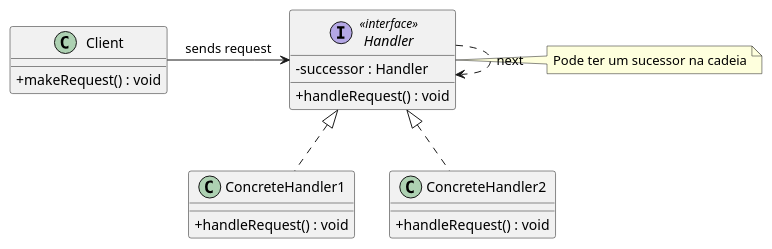
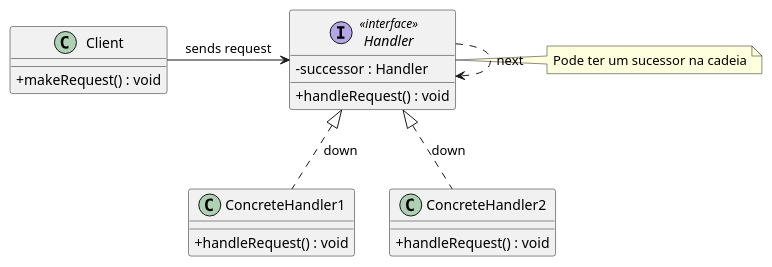
One commit to growthcodeoficial/ADC-design-patterns-php changed the diagram in diagrams/DesignPatterns/Behavioral/13 - ChainOfResponsibility.pu. Above: the diagram before and after it, drawn with PlantUML. The commit also changed 1 other file, not shown here.

```diff
--- a/diagrams/DesignPatterns/Behavioral/13 - ChainOfResponsibility.pu
+++ b/diagrams/DesignPatterns/Behavioral/13 - ChainOfResponsibility.pu
@@ -1,26 +1,26 @@
 @startuml ChainOfResponsibilityWithClient
     skinparam classAttributeIconSize 0
 
     interface Handler <<interface>> {
         +handleRequest() : void
         -successor : Handler
     }
 
     class ConcreteHandler1 {
         +handleRequest() : void
     }
 
     class ConcreteHandler2 {
         +handleRequest() : void
     }
 
     class Client {
         +makeRequest() : void
     }
 
-    Handler <|.. ConcreteHandler1
-    Handler <|.. ConcreteHandler2
+    Handler <|.. ConcreteHandler1 : down
+    Handler <|.. ConcreteHandler2 : down
     Handler ..> Handler : next
     Client -> Handler : sends request
     note right of Handler : Pode ter um sucessor na cadeia
 @enduml
```
